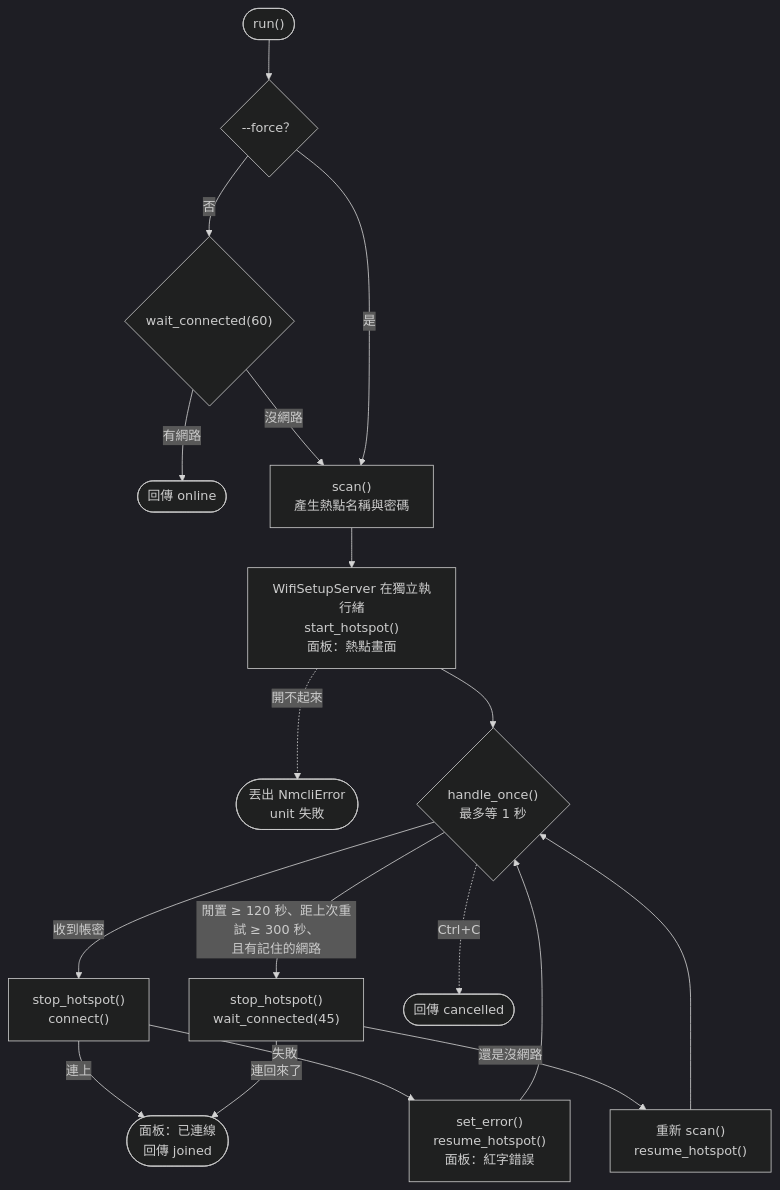
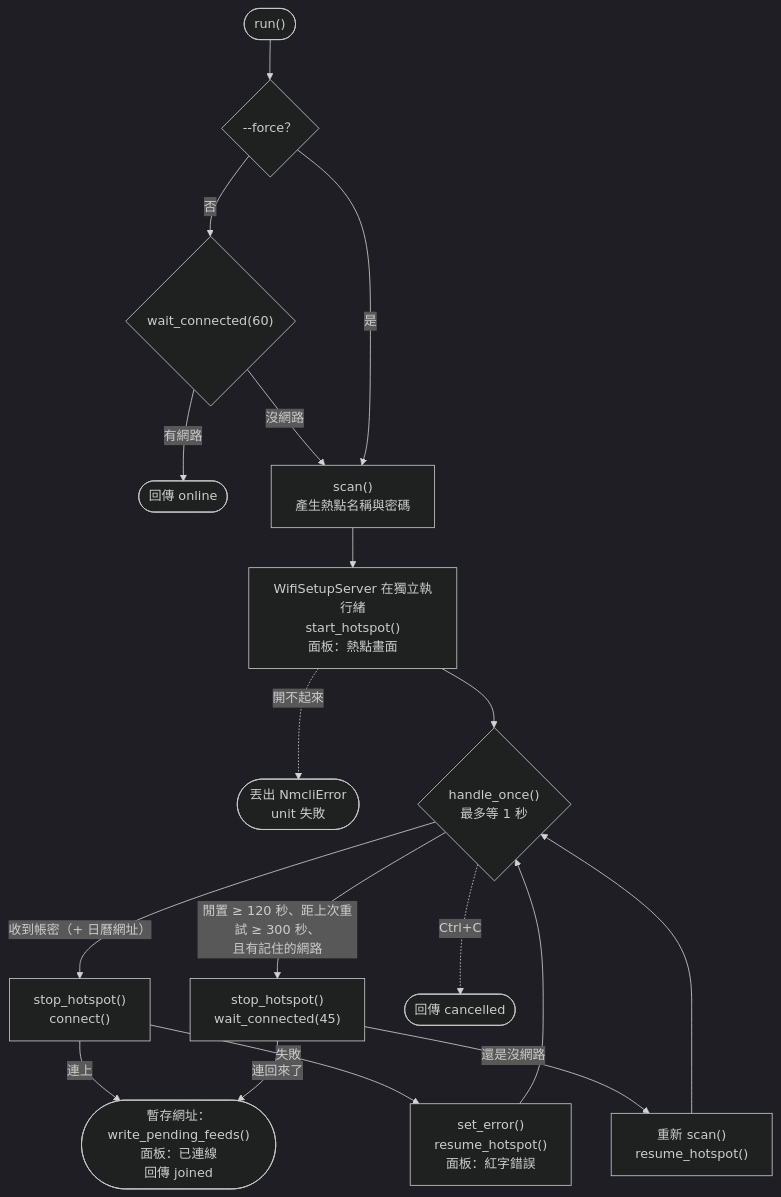
One commit to ShengKai234/google-calendar-api changed the fifth of 6 diagrams in docs/ARCHITECTURE.zh-TW.md. Above: the diagram before and after it, drawn with Mermaid (dark theme). The commit also changed other lines of this file and 5 other files, not shown here.

````diff
--- a/docs/ARCHITECTURE.zh-TW.md
+++ b/docs/ARCHITECTURE.zh-TW.md
@@ -175,20 +184,20 @@
 ```mermaid
 flowchart TB
   S(["run()"]) --> A{"--force？"}
   A -->|"否"| B{"wait_connected(60)"}
   B -->|"有網路"| ON(["回傳 online"])
   B -->|"沒網路"| C
   A -->|"是"| C["scan()<br/>產生熱點名稱與密碼"]
   C --> D["WifiSetupServer 在獨立執行緒<br/>start_hotspot()<br/>面板：熱點畫面"]
   D -.->|"開不起來"| ERR(["丟出 NmcliError<br/>unit 失敗"])
   D --> L{"handle_once()<br/>最多等 1 秒"}
-  L -->|"收到帳密"| X["stop_hotspot()<br/>connect()"]
-  X -->|"連上"| J(["面板：已連線<br/>回傳 joined"])
+  L -->|"收到帳密（+ 日曆網址）"| X["stop_hotspot()<br/>connect()"]
+  X -->|"連上"| J(["暫存網址：write_pending_feeds()<br/>面板：已連線<br/>回傳 joined"])
   X -->|"失敗"| R["set_error()<br/>resume_hotspot()<br/>面板：紅字錯誤"]
   R --> L
   L -->|"閒置 ≥ 120 秒、距上次重試 ≥ 300 秒、<br/>且有記住的網路"| Y["stop_hotspot()<br/>wait_connected(45)"]
   Y -->|"連回來了"| J
   Y -->|"還是沒網路"| Z["重新 scan()<br/>resume_hotspot()"]
   Z --> L
   L -.->|"Ctrl+C"| CAN(["回傳 cancelled"])
 ```
````
